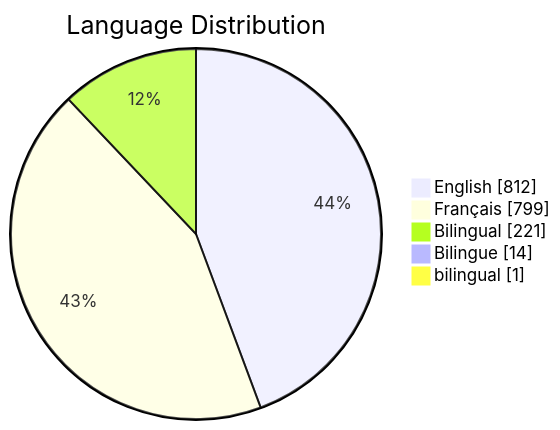
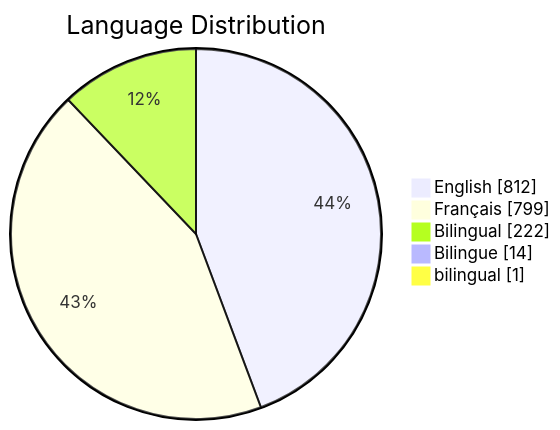
One commit to PatLittle/GC-Socials changed the third of 6 diagrams in README.md. Above: the diagram before and after it, drawn with Mermaid. The commit also changed other lines of this file, not shown here.

Commit message:
Update README with Platform Distribution pie chart

````diff
--- a/README.md
+++ b/README.md
@@ -66,8 +66,8 @@
 ```mermaid
 pie showData title Language Distribution
     "English": 812
     "Français": 799
-    "Bilingual": 221
+    "Bilingual": 222
     "Bilingue": 14
     "bilingual": 1
 ```
````
